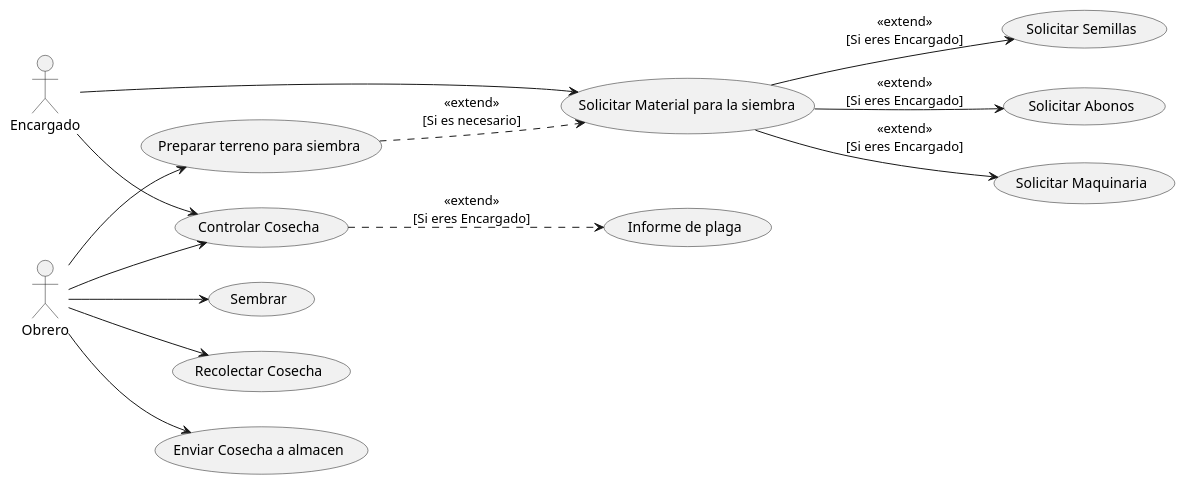
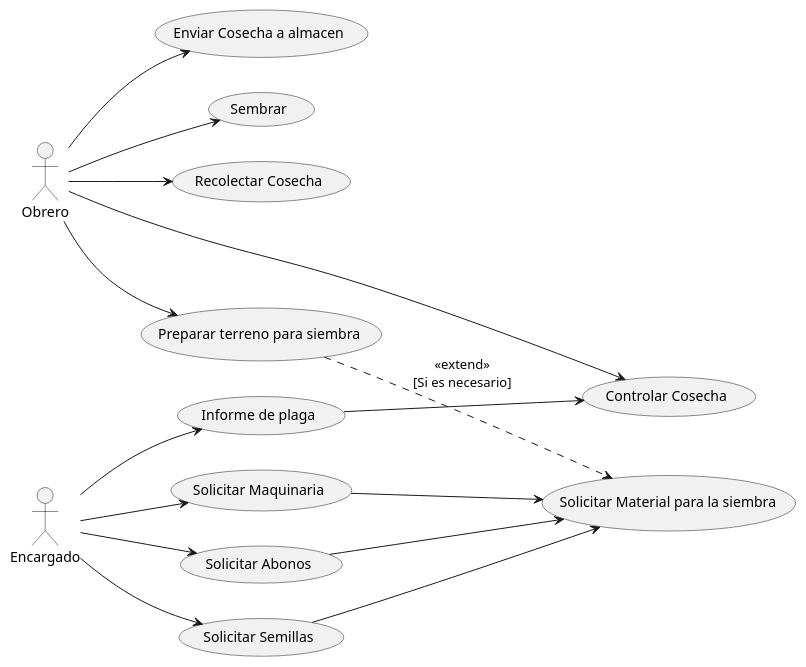
Before and after one commit to LuisRPAP/EntornosDesarrollo: the diagram in Tema6/Ejercicio3.puml, drawn with PlantUML. The commit also changed 1 other file, not shown here.

```diff
--- a/Tema6/Ejercicio3.puml
+++ b/Tema6/Ejercicio3.puml
@@ -1,38 +1,40 @@
 @startuml name Ejercicio3_LRP
 
 left to right direction 
 
 actor Obrero
 actor Encargado
 
 
 usecase "Preparar terreno para siembra" as UC1    
 usecase "Sembrar" as UC2    
 usecase "Controlar Cosecha" as UC3    
 usecase "Informe de plaga" as UC31    
 usecase "Recolectar Cosecha" as UC4
 usecase "Enviar Cosecha a almacen" as UC5  
 usecase "Solicitar Material para la siembra" as UC6  
 usecase "Solicitar Semillas" as UC7  
 usecase "Solicitar Abonos" as UC8  
 usecase "Solicitar Maquinaria" as UC9  
 
 Obrero --> UC1
 Obrero --> UC2
 Obrero --> UC3
 Obrero --> UC4
 Obrero --> UC5
 
-Encargado --> UC6
-Encargado --> UC3
+Encargado --> UC7
+Encargado --> UC8
+Encargado --> UC9
+Encargado --> UC31
 
 
-UC6 --> UC7 : <<extend>>\n[Si eres Encargado]
-UC6 --> UC8 : <<extend>>\n[Si eres Encargado]
-UC6 --> UC9 : <<extend>>\n[Si eres Encargado]
+UC31 -->UC3 
+UC7 --> UC6
+UC8 --> UC6
+UC9 --> UC6
 
-UC3 ..> UC31 : <<extend>>\n[Si eres Encargado]
 UC1 ..> UC6 : <<extend>>\n[Si es necesario]
 
 
 @enduml
```
